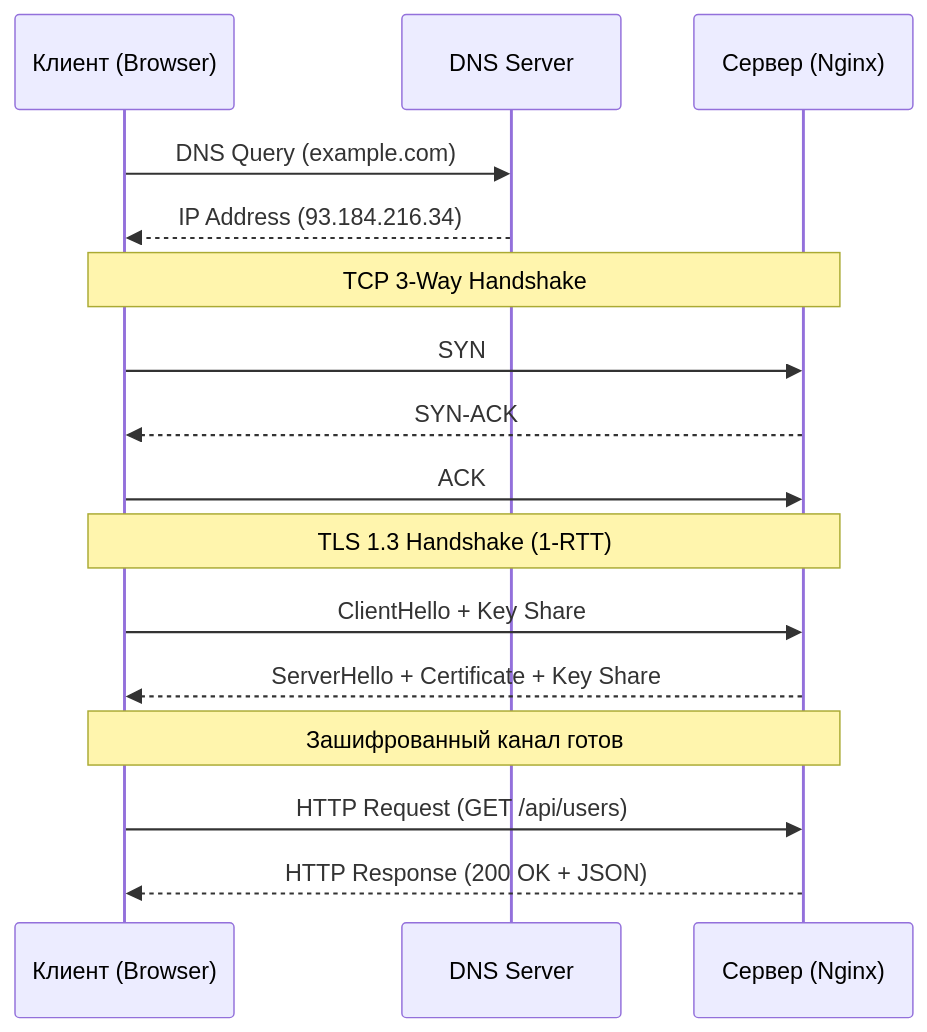
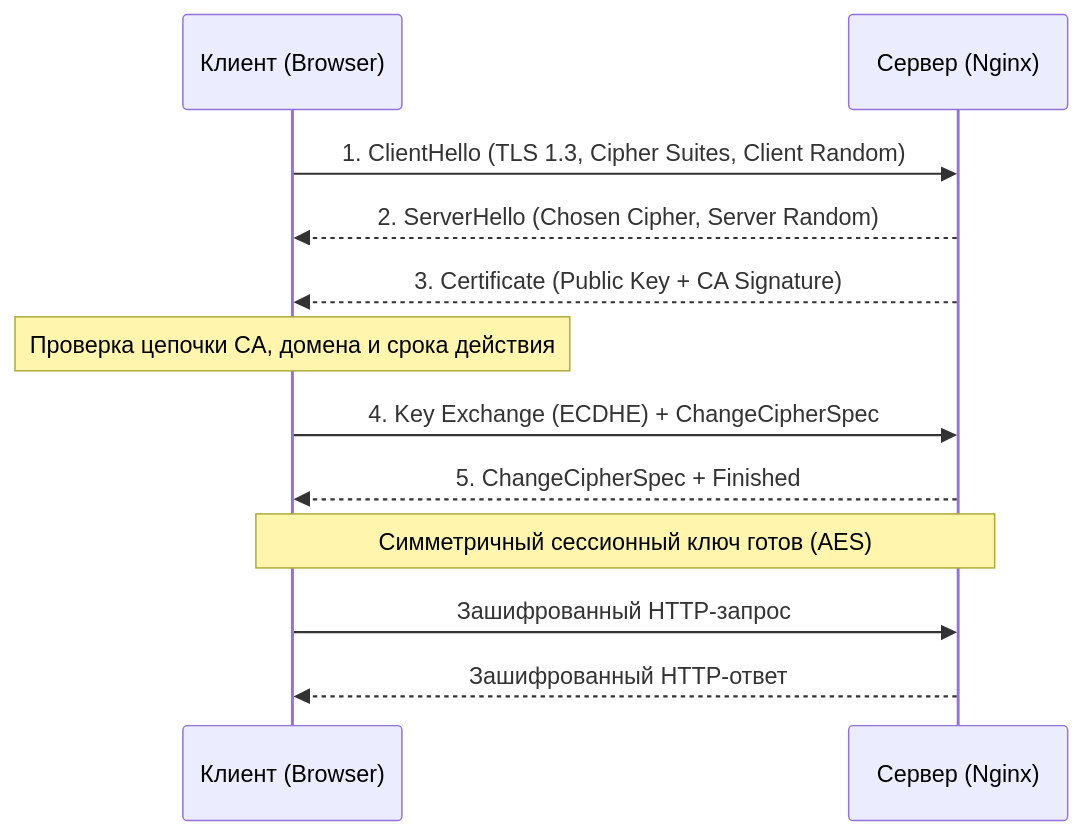
The diagram in Innowise/Вопросы к собесу/Backend/HTTP и Сети.md (younggsad/obsidian-store), drawn with Mermaid before and after one commit. The commit also changed other lines of this file and 1 other file, not shown here.

`````diff
--- a/Innowise/Вопросы к собесу/Backend/HTTP и Сети.md
+++ b/Innowise/Вопросы к собесу/Backend/HTTP и Сети.md
@@ -100,19 +111,15 @@
 ```mermaid
 sequenceDiagram
     participant C as Клиент (Browser)
-    participant D as DNS Server
     participant S as Сервер (Nginx)
 
-    C->>D: DNS Query (example.com)
-    D-->>C: IP Address (93.184.216.34)
-    Note over C,S: TCP 3-Way Handshake
-    C->>S: SYN
-    S-->>C: SYN-ACK
-    C->>S: ACK
-    Note over C,S: TLS 1.3 Handshake (1-RTT)
-    C->>S: ClientHello + Key Share
-    S-->>C: ServerHello + Certificate + Key Share
-    Note over C,S: Зашифрованный канал готов
-    C->>S: HTTP Request (GET /api/users)
-    S-->>C: HTTP Response (200 OK + JSON)
+    C->>S: 1. ClientHello (TLS 1.3, Cipher Suites, Client Random)
+    S-->>C: 2. ServerHello (Chosen Cipher, Server Random)
+    S-->>C: 3. Certificate (Public Key + CA Signature)
+    Note over C: Проверка цепочки CA, домена и срока действия
+    C->>S: 4. Key Exchange (ECDHE) + ChangeCipherSpec
+    S-->>C: 5. ChangeCipherSpec + Finished
+    Note over C,S: Симметричный сессионный ключ готов (AES)
+    C->>S: Зашифрованный HTTP-запрос
+    S-->>C: Зашифрованный HTTP-ответ
 ````
`````
